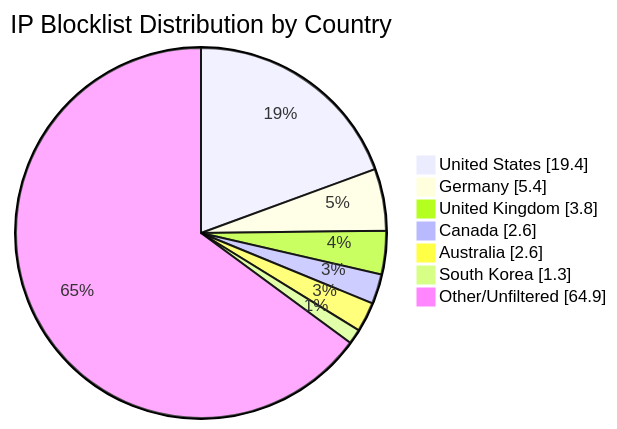
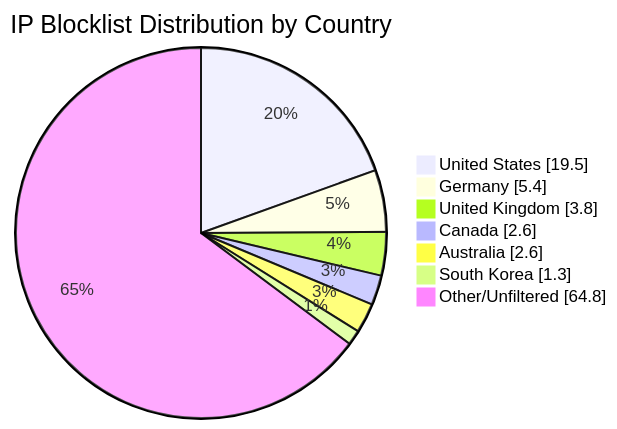
One commit to MarcusHoltz/ipblocklist-geofiltered-aggregator changed the diagram in README.md. Above: the diagram before and after it, drawn with Mermaid. The commit also changed other lines of this file and 9 other files, not shown here.

````diff
--- a/README.md
+++ b/README.md
@@ -34,10 +34,10 @@
 ```mermaid
 pie showData title IP Blocklist Distribution by Country
-"United States" : 19.4
+"United States" : 19.5
 "Germany" : 5.4
 "United Kingdom" : 3.8
 "Canada" : 2.6
 "Australia" : 2.6
 "South Korea" : 1.3
-"Other/Unfiltered" : 64.9
+"Other/Unfiltered" : 64.8
 ```
````
